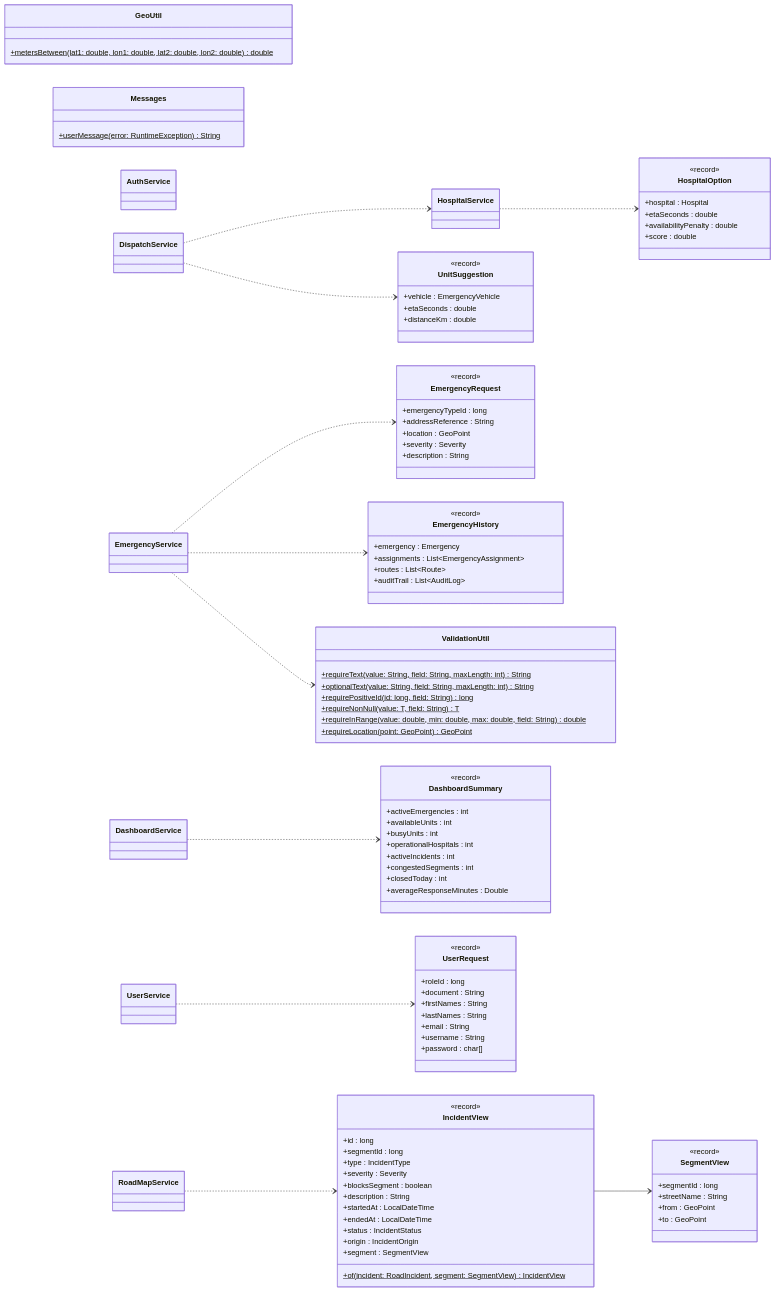
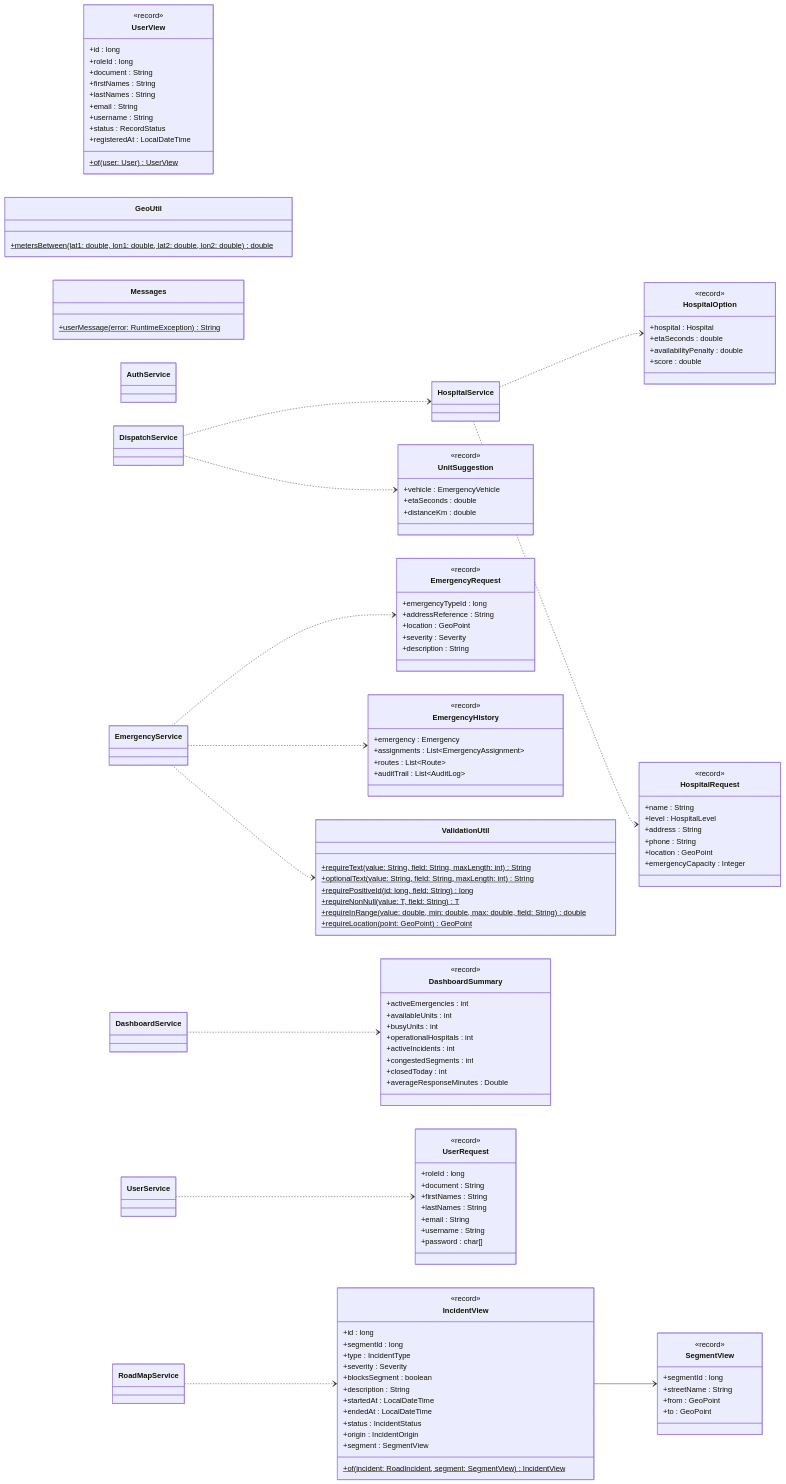
One commit to afzabaleta/RutaVida changed diagram 16 of 24 in docs/class-diagram.md. Above: the diagram before and after it, drawn with Mermaid. The commit also changed other lines of this file and 1 other file, not shown here.

Commit message:
docs: document-administration

````diff
--- a/docs/class-diagram.md
+++ b/docs/class-diagram.md
@@ -1217,6 +1232,31 @@
         +username : String
         +password : char[]
     }
+
+class UserView {
+    <<record>>
+    +id : long
+    +roleId : long
+    +document : String
+    +firstNames : String
+    +lastNames : String
+    +email : String
+    +username : String
+    +status : RecordStatus
+    +registeredAt : LocalDateTime
+    +of(user: User) UserView$
+}
+
+class HospitalRequest {
+    <<record>>
+    +name : String
+    +level : HospitalLevel
+    +address : String
+    +phone : String
+    +location : GeoPoint
+    +emergencyCapacity : Integer
+}
+
 class ValidationUtil {
     +requireText(value: String, field: String, maxLength: int) String$
     +optionalText(value: String, field: String, maxLength: int) String$
@@ -1253,5 +1293,6 @@
     RoadMapService ..> IncidentView
     IncidentView --> SegmentView
     UserService ..> UserRequest
+    HospitalService ..> HospitalRequest
     EmergencyService ..> ValidationUtil
 ```
````
